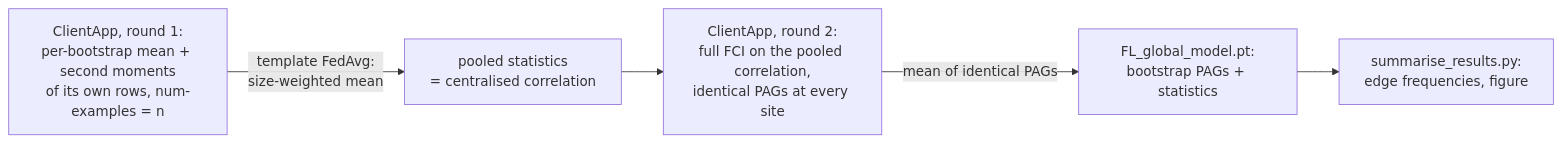
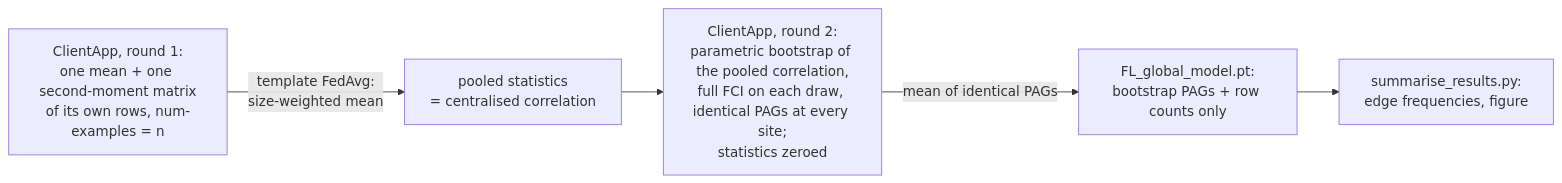
Before and after one commit to londonaicentre/FLIP: the diagram in fl-tutorials/flower/biomarker_causal_discovery/README.md, drawn with Mermaid. The commit also changed other lines of this file and 8 other files, not shown here.

````diff
--- a/fl-tutorials/flower/biomarker_causal_discovery/README.md
+++ b/fl-tutorials/flower/biomarker_causal_discovery/README.md
@@ -34,7 +34,7 @@
 ```mermaid
 flowchart LR
-    C1[ClientApp, round 1:<br/>per-bootstrap mean + second moments<br/>of its own rows, num-examples = n] -->|template FedAvg:<br/>size-weighted mean| G[pooled statistics<br/>= centralised correlation]
-    G --> C2[ClientApp, round 2:<br/>full FCI on the pooled correlation,<br/>identical PAGs at every site]
-    C2 -->|mean of identical PAGs| M[FL_global_model.pt:<br/>bootstrap PAGs + statistics]
+    C1[ClientApp, round 1:<br/>one mean + one second-moment matrix<br/>of its own rows, num-examples = n] -->|template FedAvg:<br/>size-weighted mean| G[pooled statistics<br/>= centralised correlation]
+    G --> C2[ClientApp, round 2:<br/>parametric bootstrap of the pooled correlation,<br/>full FCI on each draw, identical PAGs at every site;<br/>statistics zeroed]
+    C2 -->|mean of identical PAGs| M[FL_global_model.pt:<br/>bootstrap PAGs + row counts only]
     M --> R[summarise_results.py:<br/>edge frequencies, figure]
 ```
````
